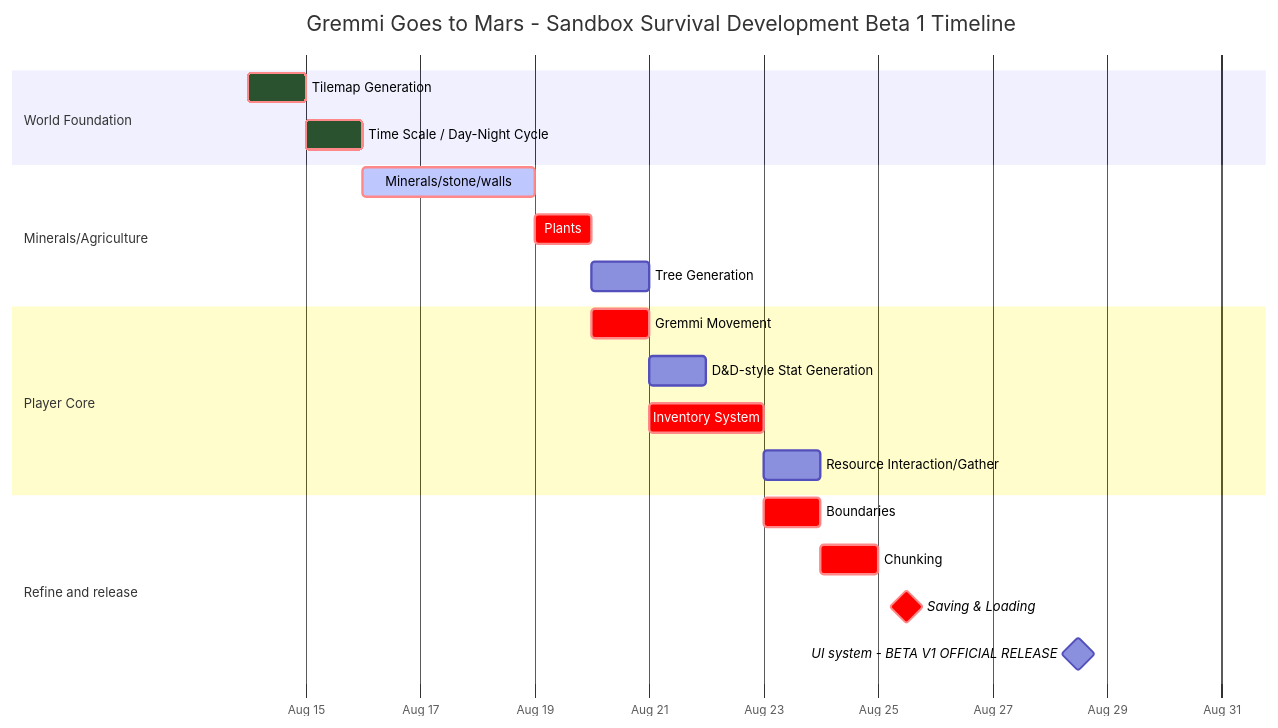
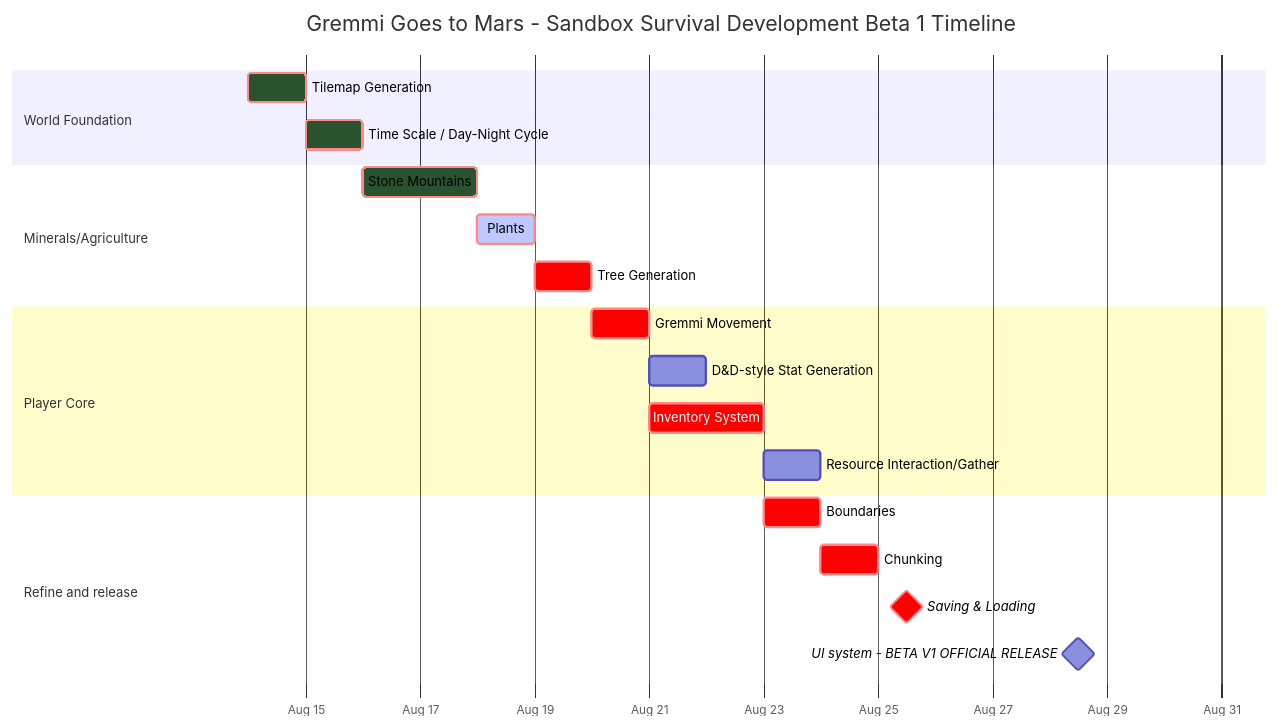
The second of 3 diagrams in dist/README.md (Jacobchestnut16/GremmiGoesToMars), drawn with Mermaid before and after one commit. The commit also changed other lines of this file, not shown here.

Commit message:
Minerals/Agriculture: PIF v1.0

````diff
--- a/dist/README.md
+++ b/dist/README.md
@@ -44,41 +46,42 @@
 ```mermaid
 %%{
     init: {
         'gantt': {
             'leftPadding': 200,
             'barHeight': 25,
             'barGap': 15,
             'topPadding': 60
         },
         'themeVariables': {
             'doneTaskBkgColor': '#2B522EFF'
         }
     }
 }%%
 gantt
     title Gremmi Goes to Mars - Sandbox Survival Development Beta 1 Timeline
     dateFormat  YYYY-MM-DD
     axisFormat  %b %d
     
     
     section World Foundation
     Tilemap Generation                          :crit, done, a1, 2025-08-14, 1d
     Time Scale / Day-Night Cycle                :crit, done, a2, after a1, 1d
     
     section Minerals/Agriculture
-    Minerals/stone/walls                        :crit, active, a4, after a2, 3d
-    Plants                                      :crit, a6, after a4, 0.75d
-    Tree Generation                             :a5, after a6, 0.75d
+    Stone Mountains                             :crit, done, a4, after a2, 1.5d
+    Plants                                      :crit, active, a5, after a4, 0.75d
+    Tree Generation                             :crit, a6, after a5, 0.75d
+   
     
     section Player Core
     Gremmi Movement                 :crit, b1, after a6, 0.5d
     D&D-style Stat Generation       :b2, after b1, 0.5d
     Inventory System                :crit, b3, after b1, 2d
     Resource Interaction/Gather     :b5, after b3, 1d
     
     section Refine and release
     Boundaries                               :crit, c1, after b3, 0.5d
     Chunking                                 :crit, c2, after c1, 0.5d
     Saving & Loading                         :crit, milestone, b4, after c2, 1d
     UI system - BETA V1 OFFICIAL RELEASE     :milestone, release1, after b4, 5d
 ```
````
